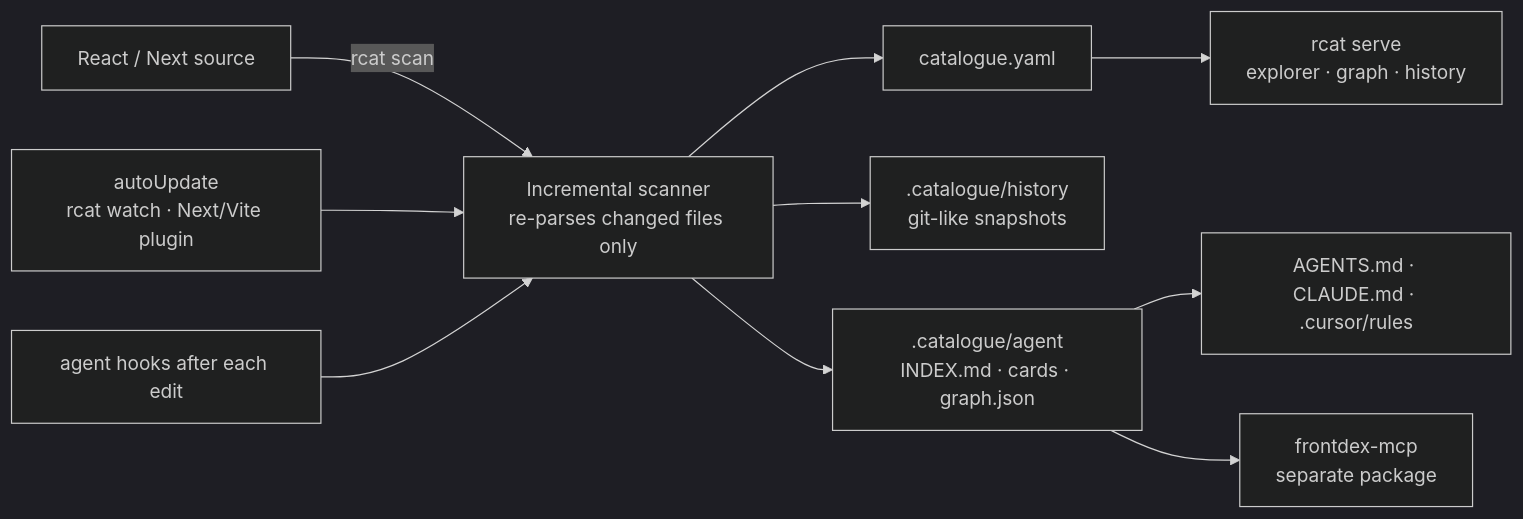
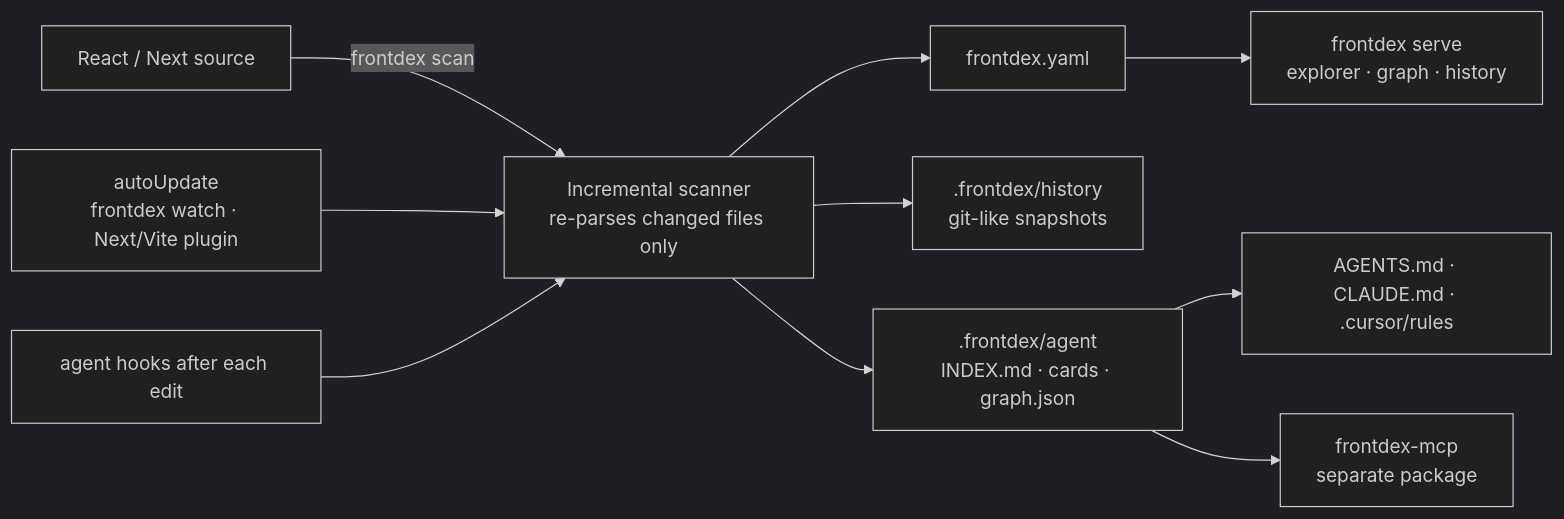
Before and after one commit to Prathmesh2000/frontdex: the diagram in README.md, drawn with Mermaid (dark theme). The commit also changed other lines of this file and 97 other files, not shown here.

First line of the commit message:
Rename react-catalogue to frontdex

````diff
--- a/README.md
+++ b/README.md
@@ -10,12 +10,12 @@
 ```mermaid
 flowchart LR
-  Src[React / Next source] -->|rcat scan| Scan[Incremental scanner<br/>re-parses changed files only]
-  Auto["autoUpdate<br/>rcat watch · Next/Vite plugin"] --> Scan
-  Scan --> Yaml[catalogue.yaml]
-  Scan --> Hist[.catalogue/history<br/>git-like snapshots]
-  Scan --> Agent[.catalogue/agent<br/>INDEX.md · cards · graph.json]
-  Yaml --> UI[rcat serve<br/>explorer · graph · history]
+  Src[React / Next source] -->|frontdex scan| Scan[Incremental scanner<br/>re-parses changed files only]
+  Auto["autoUpdate<br/>frontdex watch · Next/Vite plugin"] --> Scan
+  Scan --> Yaml[frontdex.yaml]
+  Scan --> Hist[.frontdex/history<br/>git-like snapshots]
+  Scan --> Agent[.frontdex/agent<br/>INDEX.md · cards · graph.json]
+  Yaml --> UI[frontdex serve<br/>explorer · graph · history]
   Agent --> Rules[AGENTS.md · CLAUDE.md · .cursor/rules]
   Agent --> MCP[frontdex-mcp<br/>separate package]
   Hooks[agent hooks after each edit] --> Scan
 ```
````
